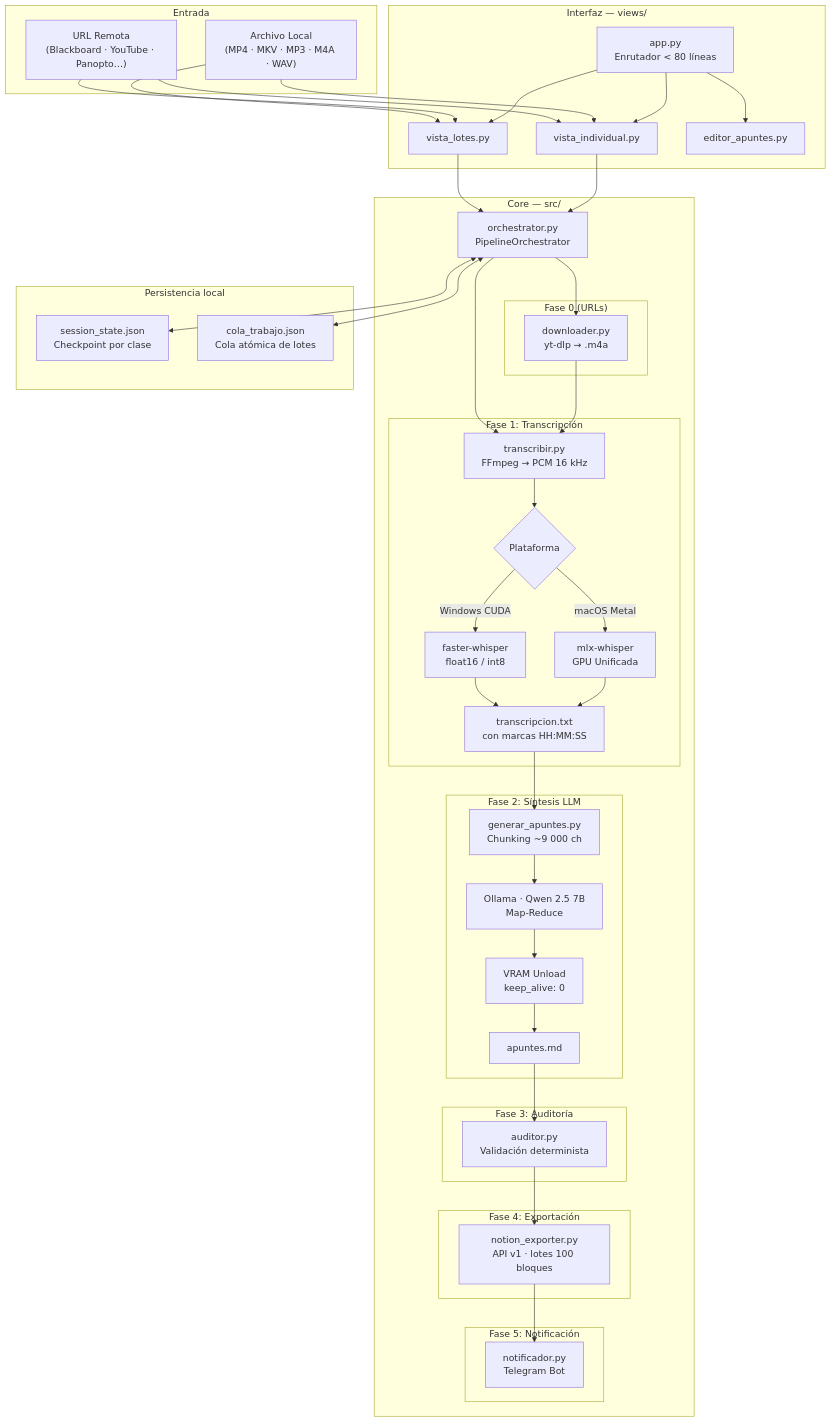
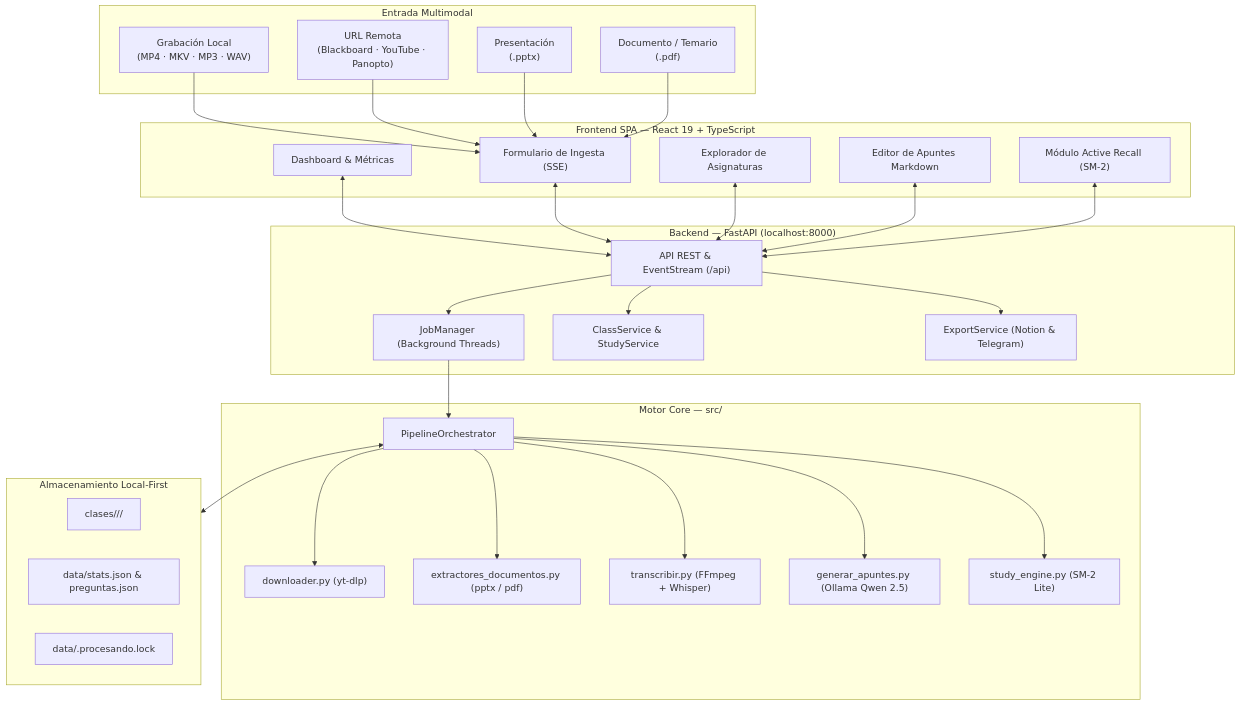
Before and after one commit to Fdemanna/lecture-flow: the diagram in README.md, drawn with Mermaid. The commit also changed other lines of this file, not shown here.

Commit message:
docs: actualizar README con arquitectura desacoplada React/FastAPI, soporte multimodal y SM-2

````diff
--- a/README.md
+++ b/README.md
@@ -74,66 +120,46 @@
 ```mermaid
 flowchart TD
-    subgraph ENTRADA["Entrada"]
-        A1["Archivo Local\n(MP4 · MKV · MP3 · M4A · WAV)"]
-        A2["URL Remota\n(Blackboard · YouTube · Panopto…)"]
+    subgraph ENTRADA["Entrada Multimodal"]
+        A1["Grabación Local\n(MP4 · MKV · MP3 · WAV)"]
+        A2["URL Remota\n(Blackboard · YouTube · Panopto)"]
+        A3["Presentación\n(.pptx)"]
+        A4["Documento / Temario\n(.pdf)"]
     end
 
-    subgraph UI["Interfaz — views/"]
-        B["app.py\nEnrutador < 80 líneas"]
-        B --> B1["vista_individual.py"]
-        B --> B2["vista_lotes.py"]
-        B --> B3["editor_apuntes.py"]
+    subgraph CLIENTE["Frontend SPA — React 19 + TypeScript"]
+        UI1["Dashboard & Métricas"]
+        UI2["Formulario de Ingesta (SSE)"]
+        UI3["Explorador de Asignaturas"]
+        UI4["Editor de Apuntes Markdown"]
+        UI5["Módulo Active Recall (SM-2)"]
     end
 
-    subgraph CORE["Core — src/"]
-        C["orchestrator.py\nPipelineOrchestrator"]
-
-        subgraph F0["Fase 0 (URLs)"]
-            D["downloader.py\nyt-dlp → .m4a"]
-        end
-
-        subgraph F1["Fase 1: Transcripción"]
-            E["transcribir.py\nFFmpeg → PCM 16 kHz"]
-            E --> E1{"Plataforma"}
-            E1 -->|"macOS Metal"| E2["mlx-whisper\nGPU Unificada"]
-            E1 -->|"Windows CUDA"| E3["faster-whisper\nfloat16 / int8"]
-            E2 & E3 --> E4["transcripcion.txt\ncon marcas HH:MM:SS"]
-        end
-
-        subgraph F2["Fase 2: Síntesis LLM"]
-            F["generar_apuntes.py\nChunking ~9 000 ch"]
-            F --> G["Ollama · Qwen 2.5 7B\nMap-Reduce"]
-            G --> G1["VRAM Unload\nkeep_alive: 0"]
-            G1 --> H["apuntes.md"]
-        end
-
-        subgraph F3["Fase 3: Auditoría"]
-            I["auditor.py\nValidación determinista"]
-        end
-
-        subgraph F4["Fase 4: Exportación"]
-            J["notion_exporter.py\nAPI v1 · lotes 100 bloques"]
-        end
-
-        subgraph F5["Fase 5: Notificación"]
-            K["notificador.py\nTelegram Bot"]
-        end
+    subgraph SERVIDOR["Backend — FastAPI (localhost:8000)"]
+        API["API REST & EventStream (/api)"]
+        JM["JobManager (Background Threads)"]
+        CS["ClassService & StudyService"]
+        ES["ExportService (Notion & Telegram)"]
     end
 
-    subgraph PERSISTENCIA["Persistencia local"]
-        P1["session_state.json\nCheckpoint por clase"]
-        P2["cola_trabajo.json\nCola atómica de lotes"]
+    subgraph CORE["Motor Core — src/"]
+        ORCH["PipelineOrchestrator"]
+        DOWN["downloader.py (yt-dlp)"]
+        DOCS["extractores_documentos.py (pptx / pdf)"]
+        TRANS["transcribir.py (FFmpeg + Whisper)"]
+        LLM["generar_apuntes.py (Ollama Qwen 2.5)"]
+        SE["study_engine.py (SM-2 Lite)"]
     end
 
-    A1 --> B1
-    A2 --> B1
-    A2 --> B2
-    A1 --> B2
-    B1 & B2 --> C
-    C --> D --> E
-    C --> E
-    E4 --> F
-    H --> I --> J --> K
-    C <--> P1
-    C <--> P2
+    subgraph STORAGE["Almacenamiento Local-First"]
+        FS1["clases/<materia>/<clase>/"]
+        FS2["data/stats.json & preguntas.json"]
+        FS3["data/.procesando.lock"]
+    end
+
+    A1 & A2 & A3 & A4 --> UI2
+    UI1 & UI2 & UI3 & UI4 & UI5 <--> API
+    API --> JM & CS & ES
+    JM --> ORCH
+    ORCH --> DOWN & DOCS & TRANS & LLM & SE
+    ORCH <--> STORAGE
 ```
````
